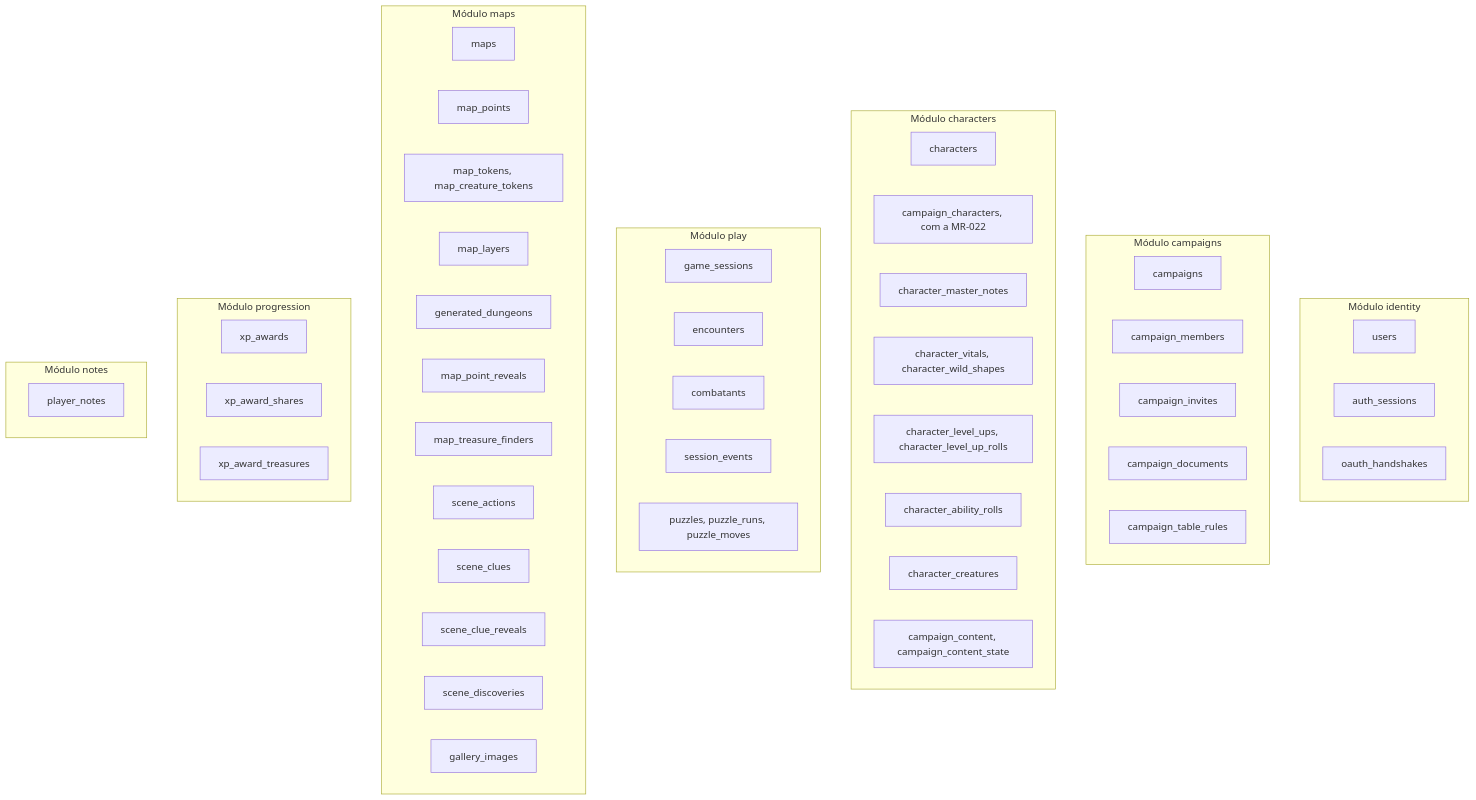
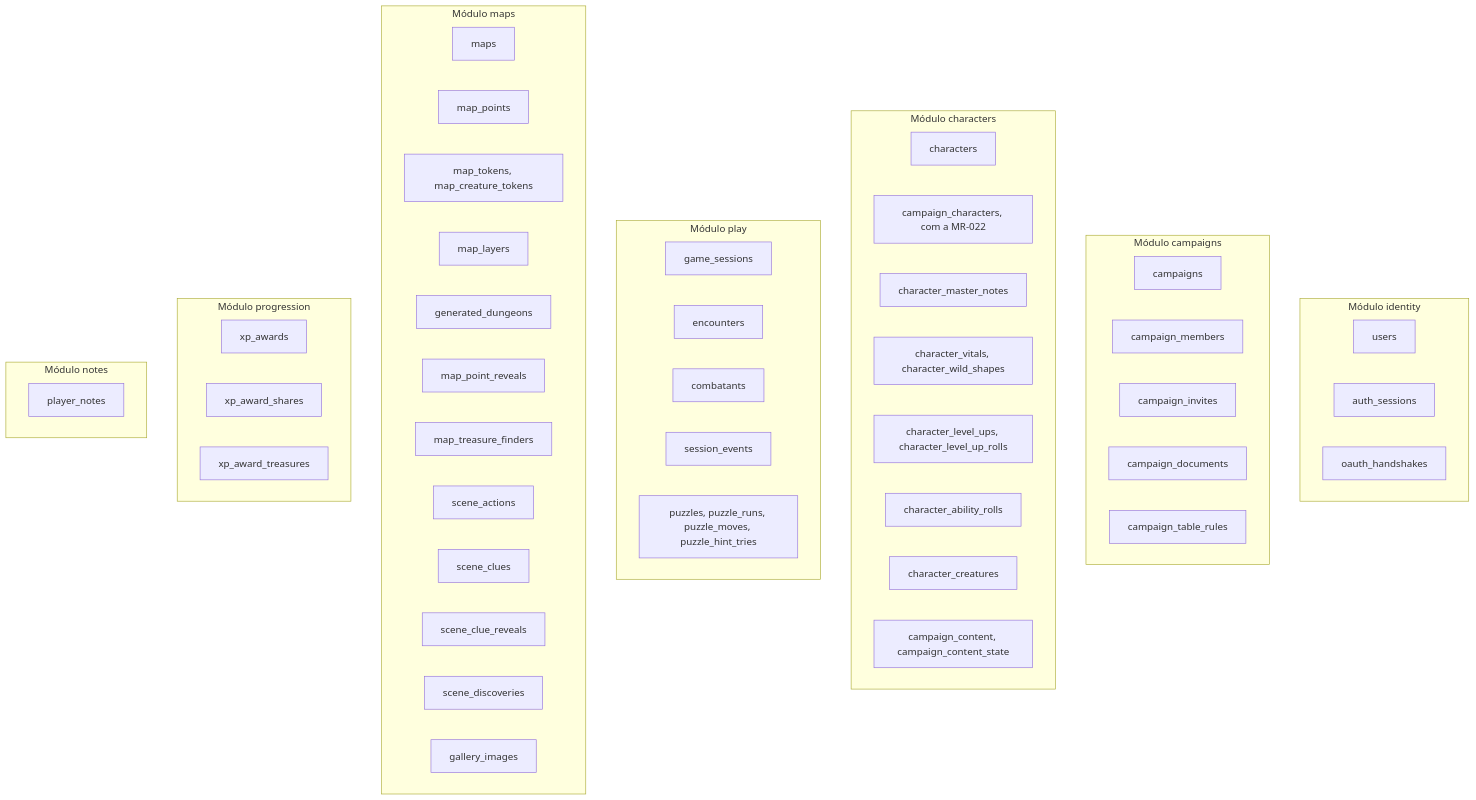
Before and after one commit to PuraFome/meuRPG: the second of 3 diagrams in docs/dados.md, drawn with Mermaid. The commit also changed other lines of this file and 37 other files, not shown here.

First line of the commit message:
feat(play): more puzzles: the riddle, the sequence and the cipher, hints by skill check, split information and consequences

````diff
--- a/docs/dados.md
+++ b/docs/dados.md
@@ -320,60 +320,60 @@
 ```mermaid
 flowchart TD
     subgraph identity["Módulo identity"]
         t_users["users"]
         t_auth_sessions["auth_sessions"]
         t_oauth_handshakes["oauth_handshakes"]
     end
 
     subgraph campaigns_mod["Módulo campaigns"]
         t_campaigns["campaigns"]
         t_campaign_members["campaign_members"]
         t_campaign_invites["campaign_invites"]
         t_campaign_documents["campaign_documents"]
         t_campaign_table_rules["campaign_table_rules"]
     end
 
     subgraph characters_mod["Módulo characters"]
         t_characters["characters"]
         t_campaign_characters["campaign_characters, com a MR-022"]
         t_character_master_notes["character_master_notes"]
         t_character_vitals["character_vitals, character_wild_shapes"]
         t_character_level_ups["character_level_ups, character_level_up_rolls"]
         t_character_ability_rolls["character_ability_rolls"]
         t_character_creatures["character_creatures"]
         t_campaign_content["campaign_content, campaign_content_state"]
     end
 
     subgraph play["Módulo play"]
         t_game_sessions["game_sessions"]
         t_encounters["encounters"]
         t_combatants["combatants"]
         t_session_events["session_events"]
-        t_puzzles["puzzles, puzzle_runs, puzzle_moves"]
+        t_puzzles["puzzles, puzzle_runs, puzzle_moves, puzzle_hint_tries"]
     end
 
     subgraph maps_mod["Módulo maps"]
         t_maps["maps"]
         t_map_points["map_points"]
         t_map_tokens["map_tokens, map_creature_tokens"]
         t_map_layers["map_layers"]
         t_generated_dungeons["generated_dungeons"]
         t_map_point_reveals["map_point_reveals"]
         t_map_treasure_finders["map_treasure_finders"]
         t_scene_actions["scene_actions"]
         t_scene_clues["scene_clues"]
         t_scene_clue_reveals["scene_clue_reveals"]
         t_scene_discoveries["scene_discoveries"]
         t_gallery_images["gallery_images"]
     end
 
     subgraph progression["Módulo progression"]
         t_xp_awards["xp_awards"]
         t_xp_award_shares["xp_award_shares"]
         t_xp_award_treasures["xp_award_treasures"]
     end
 
     subgraph notes_mod["Módulo notes"]
         t_player_notes["player_notes"]
     end
 ```
````
